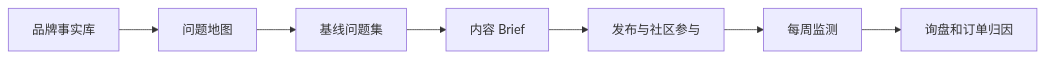
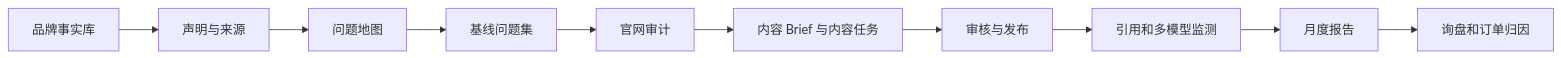
One commit to ChinaYiqun/GEO-Master changed the diagram in templates/README.md. Above: the diagram before and after it, drawn with Mermaid. The commit also changed other lines of this file, not shown here.

````diff
--- a/templates/README.md
+++ b/templates/README.md
@@ -7,9 +7,12 @@
 ```mermaid
 flowchart LR
-    A[品牌事实库] --> B[问题地图]
-    B --> C[基线问题集]
-    C --> D[内容 Brief]
-    D --> E[发布与社区参与]
-    E --> F[每周监测]
-    F --> G[询盘和订单归因]
+    A[品牌事实库] --> B[声明与来源]
+    B --> C[问题地图]
+    C --> D[基线问题集]
+    D --> E[官网审计]
+    E --> F[内容 Brief 与内容任务]
+    F --> G[审核与发布]
+    G --> H[引用和多模型监测]
+    H --> I[月度报告]
+    I --> J[询盘和订单归因]
 ```
````
